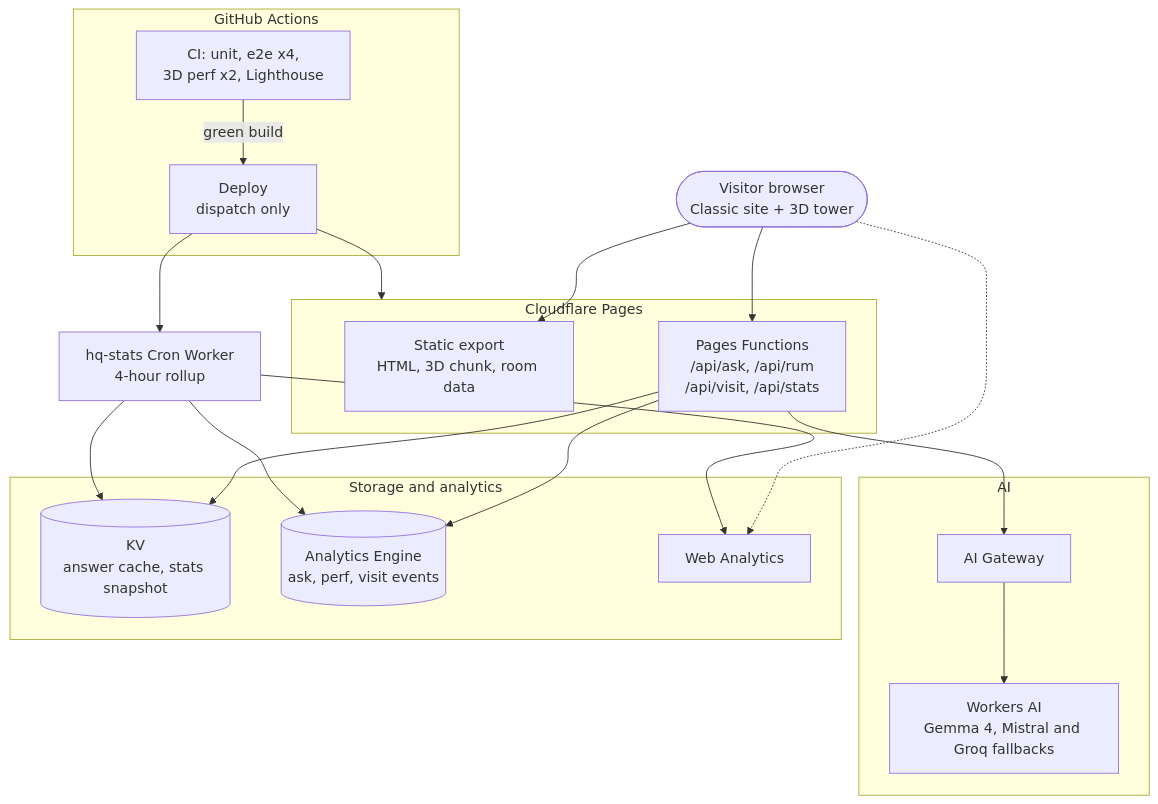
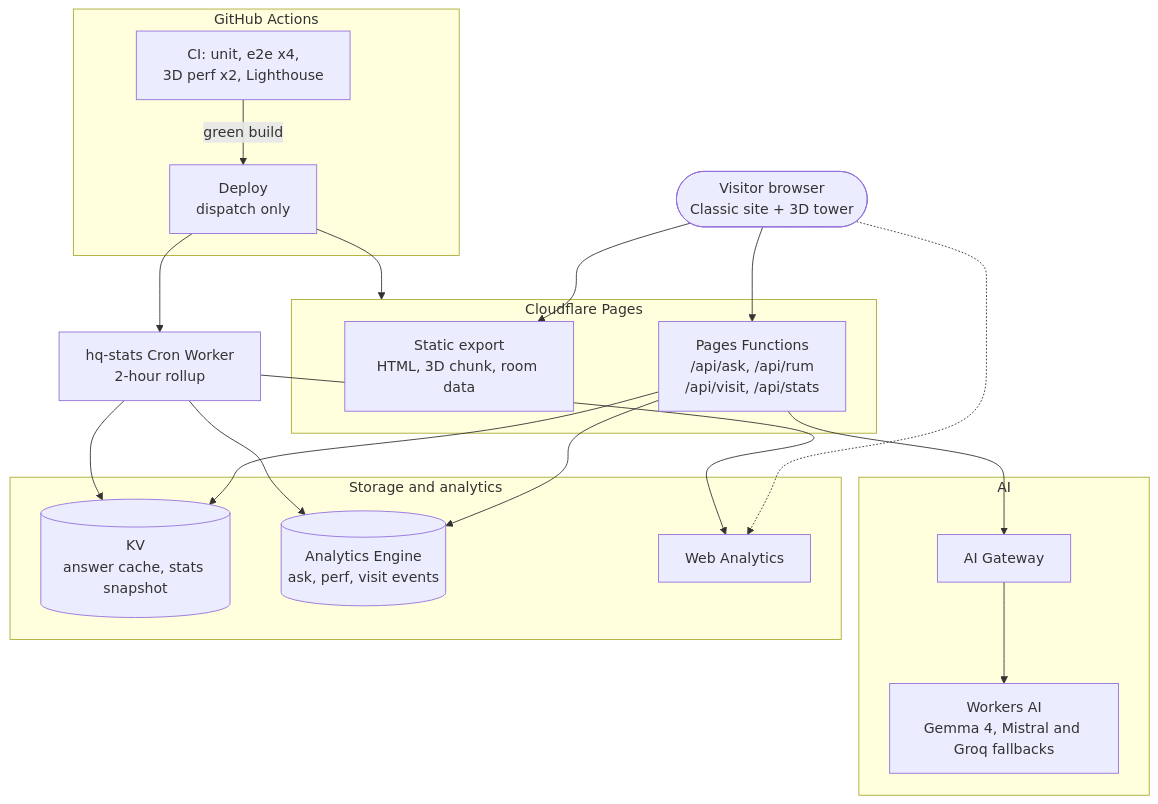
One commit to ShinyQ/ShinyQ-HQ changed the diagram in README.md. Above: the diagram before and after it, drawn with Mermaid. The commit also changed other lines of this file and 26 other files, not shown here.

````diff
--- a/README.md
+++ b/README.md
@@ -75,37 +75,37 @@
 ```mermaid
 flowchart TB
   visitor(["Visitor browser<br/>Classic site + 3D tower"])
 
   subgraph pagesbox["Cloudflare Pages"]
     pages["Static export<br/>HTML, 3D chunk, room data"]
     fn["Pages Functions<br/>/api/ask, /api/rum<br/>/api/visit, /api/stats"]
   end
 
   subgraph aibox["AI"]
     gateway["AI Gateway"] --> wai["Workers AI<br/>Gemma 4, Mistral and Groq fallbacks"]
   end
 
   subgraph databox["Storage and analytics"]
     kv[("KV<br/>answer cache, stats snapshot")]
     ae[("Analytics Engine<br/>ask, perf, visit events")]
     wa["Web Analytics"]
   end
 
-  cron["hq-stats Cron Worker<br/>4-hour rollup"]
+  cron["hq-stats Cron Worker<br/>2-hour rollup"]
 
   subgraph ghbox["GitHub Actions"]
     ci["CI: unit, e2e x4,<br/>3D perf x2, Lighthouse"] -->|green build| deploy["Deploy<br/>dispatch only"]
   end
 
   visitor --> pages
   visitor --> fn
   visitor -.-> wa
   fn --> gateway
   fn --> kv
   fn --> ae
   cron --> wa
   cron --> ae
   cron --> kv
   deploy --> pagesbox
   deploy --> cron
 ```
````
